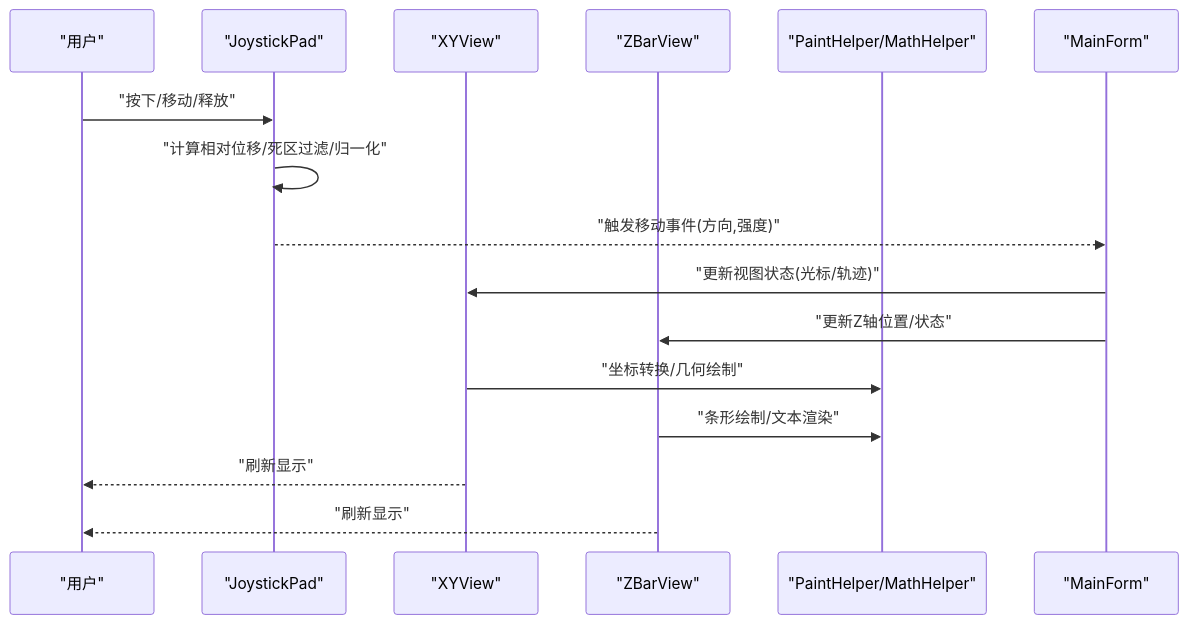
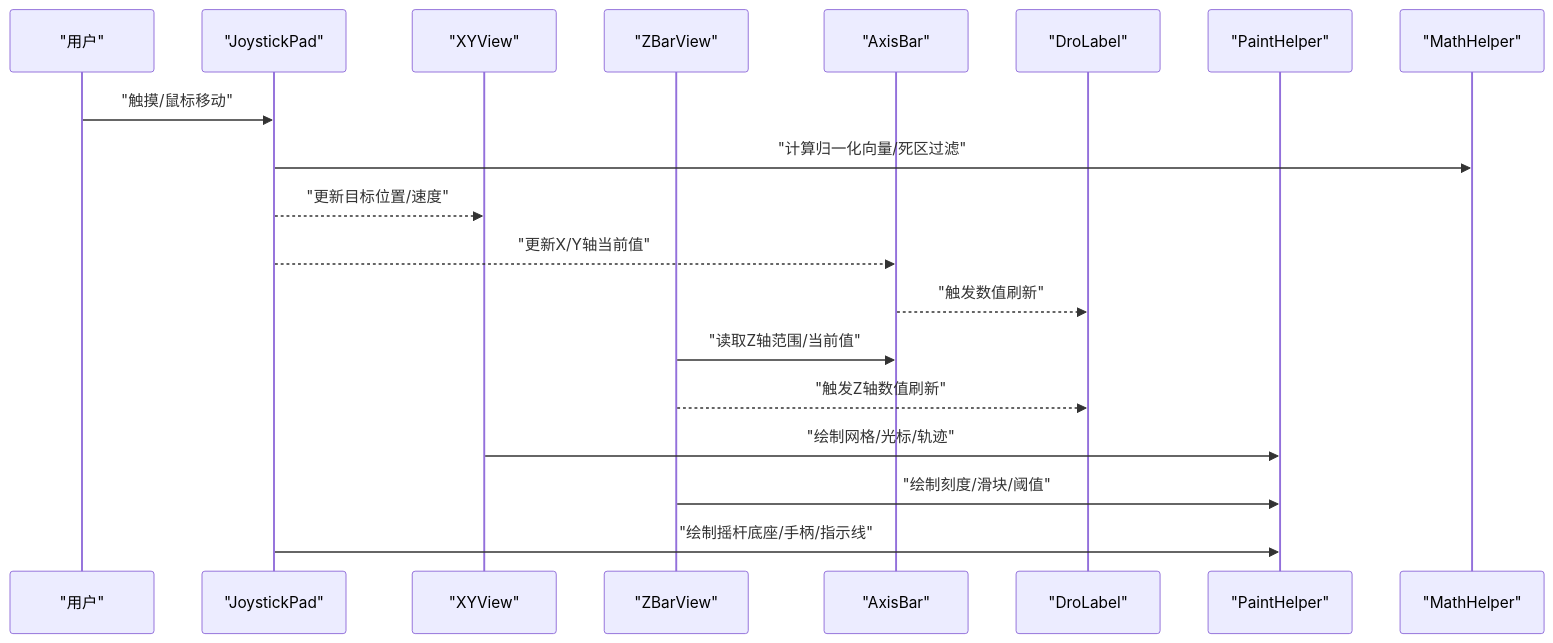
The second of 6 diagrams in .qoder/repowiki/zh/content/自定义控件库/高级控件.md (fuweiq94-cloud/3399180760), drawn with Mermaid before and after one commit. The commit also changed other lines of this file and 94 other files, not shown here.

````diff
--- a/.qoder/repowiki/zh/content/自定义控件库/高级控件.md
+++ b/.qoder/repowiki/zh/content/自定义控件库/高级控件.md
@@ -115,18 +111,21 @@
 ```mermaid
 sequenceDiagram
-participant User as "用户"
-participant Pad as "JoystickPad"
-participant View as "XYView"
-participant Bar as "ZBarView"
-participant Helper as "PaintHelper/MathHelper"
-participant App as "MainForm"
-User->>Pad : "按下/移动/释放"
-Pad->>Pad : "计算相对位移/死区过滤/归一化"
-Pad-->>App : "触发移动事件(方向,强度)"
-App->>View : "更新视图状态(光标/轨迹)"
-App->>Bar : "更新Z轴位置/状态"
-View->>Helper : "坐标转换/几何绘制"
-Bar->>Helper : "条形绘制/文本渲染"
-View-->>User : "刷新显示"
-Bar-->>User : "刷新显示"
+participant U as "用户"
+participant JP as "JoystickPad"
+participant XY as "XYView"
+participant ZB as "ZBarView"
+participant AB as "AxisBar"
+participant DL as "DroLabel"
+participant PH as "PaintHelper"
+participant MH as "MathHelper"
+U->>JP : "触摸/鼠标移动"
+JP->>MH : "计算归一化向量/死区过滤"
+JP-->>XY : "更新目标位置/速度"
+JP-->>AB : "更新X/Y轴当前值"
+AB-->>DL : "触发数值刷新"
+ZB->>AB : "读取Z轴范围/当前值"
+ZB-->>DL : "触发Z轴数值刷新"
+XY->>PH : "绘制网格/光标/轨迹"
+ZB->>PH : "绘制刻度/滑块/阈值"
+JP->>PH : "绘制摇杆底座/手柄/指示线"
 ```
````
